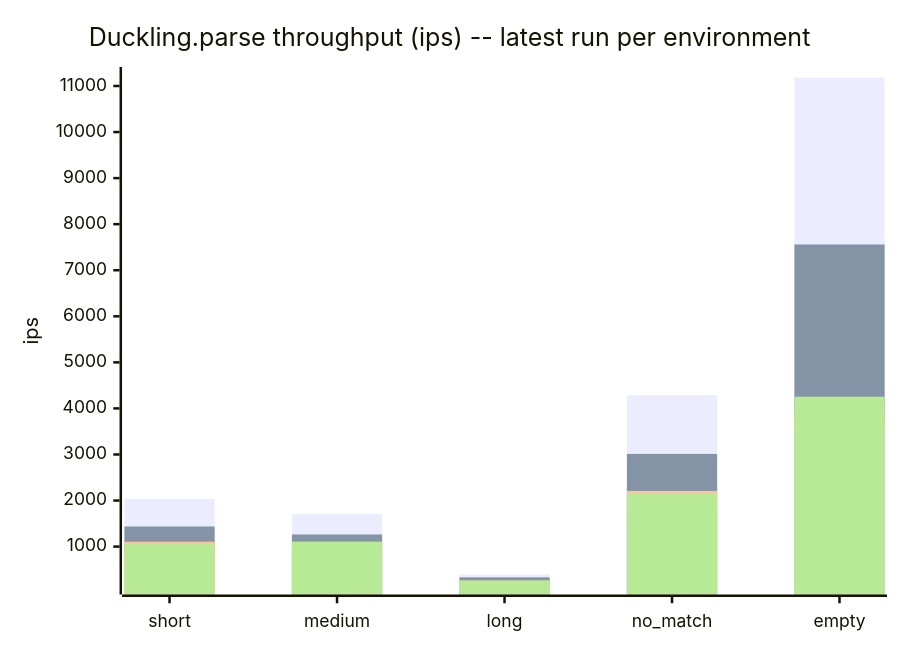
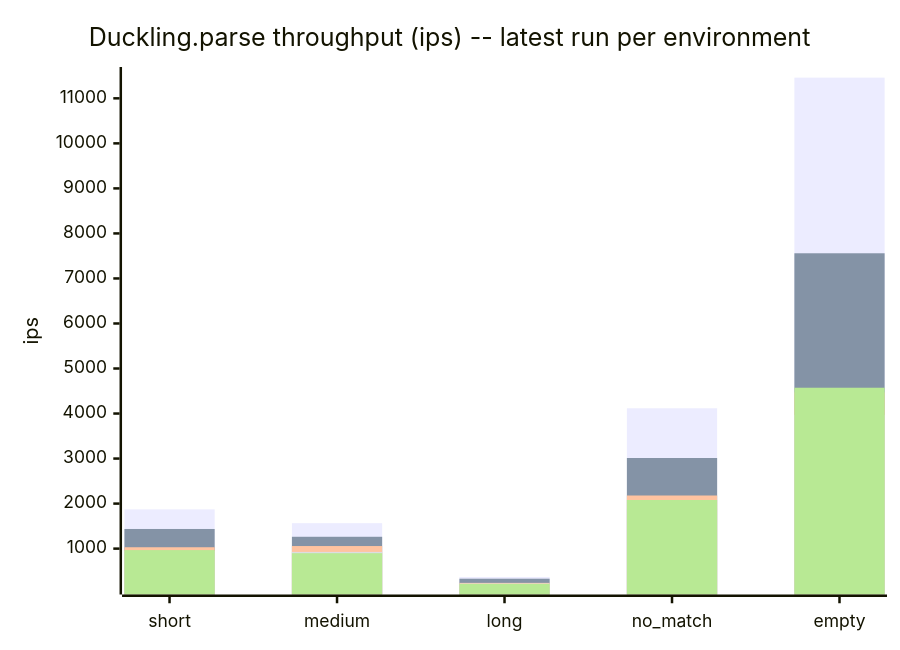
One commit to cpb/duckling changed the sixth of 7 diagrams in docs/benchmarks/README.md. Above: the diagram before and after it, drawn with Mermaid. The commit also changed other lines of this file and 3 other files, not shown here.

````diff
--- a/docs/benchmarks/README.md
+++ b/docs/benchmarks/README.md
@@ -211,11 +211,11 @@
 ```mermaid
 xychart-beta
     title "Duckling.parse throughput (ips) -- latest run per environment"
     x-axis [short, medium, long, no_match, empty]
     y-axis "ips"
-    bar "github-actions" [2035.5, 1709.8, 393.8, 4287.8, 11181.6]
+    bar "github-actions" [1871.6, 1564.7, 368.4, 4117.3, 11459.9]
     bar "claude-code-web" [1436.5, 1263.2, 332.2, 3012.4, 7559.1]
-    bar "local-3.3" [1107.0, 1103.9, 262.2, 2208.9, 3909.5]
-    bar "local-3.4" [793.1, 773.6, 190.9, 1677.7, 3595.0]
-    bar "local-4.0" [1072.0, 1105.7, 265.7, 2150.9, 4254.3]
+    bar "local-3.3" [1030.7, 1057.5, 239.6, 2179.9, 4469.7]
+    bar "local-3.4" [946.5, 927.0, 225.1, 1890.6, 3972.7]
+    bar "local-4.0" [967.4, 898.1, 217.3, 2080.4, 4573.2]
 ```
````
